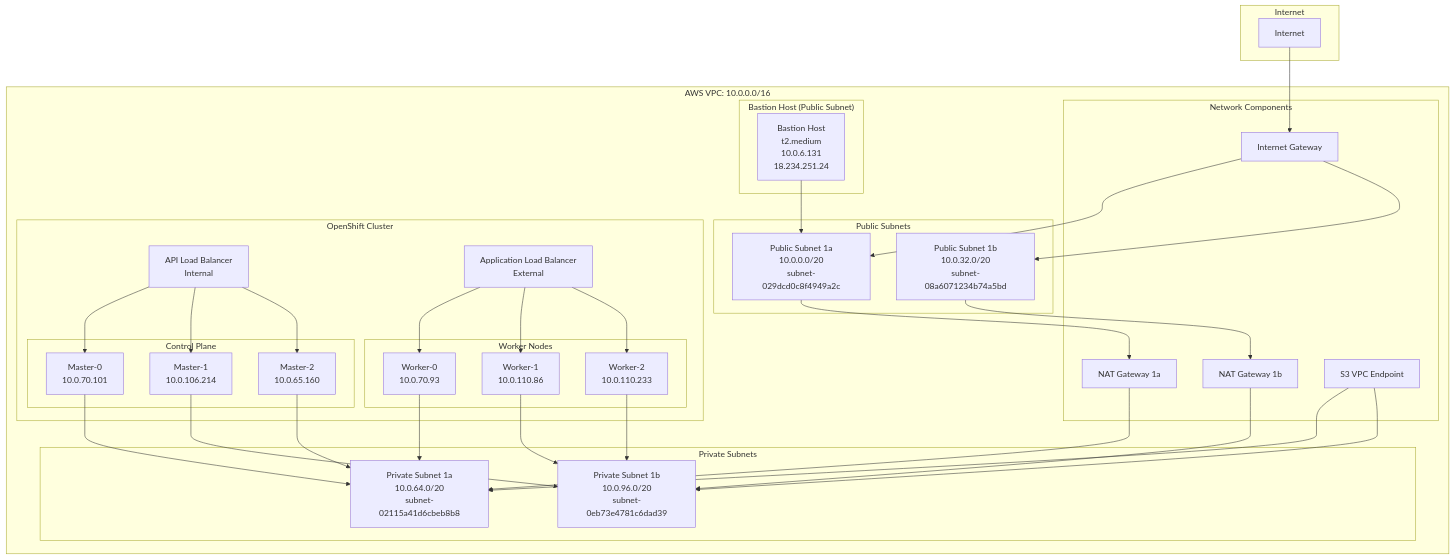
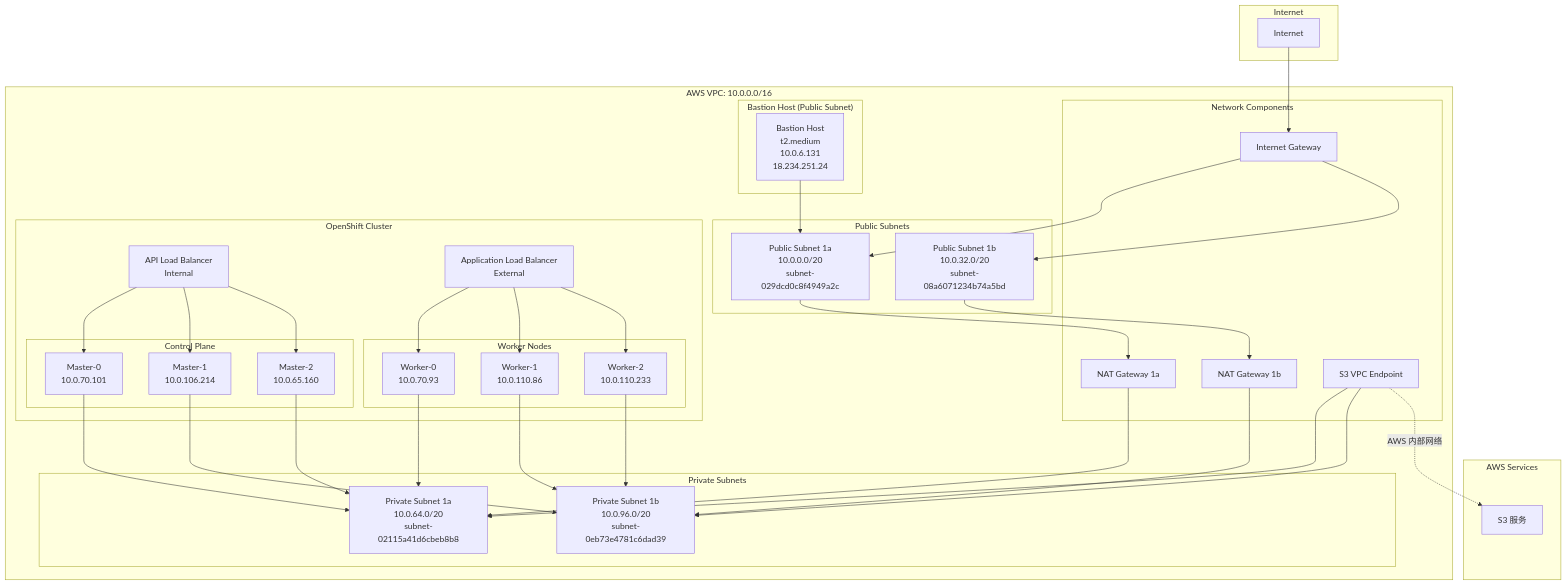
One commit to liweinan/my-openshift-workspace changed the first of 2 diagrams in private-cluster-vpc/openshift-private-cluster-deployment-guide.md. Above: the diagram before and after it, drawn with Mermaid. The commit also changed other lines of this file, not shown here.

````diff
--- a/private-cluster-vpc/openshift-private-cluster-deployment-guide.md
+++ b/private-cluster-vpc/openshift-private-cluster-deployment-guide.md
@@ -12,6 +12,10 @@
 graph TB
     subgraph "Internet"
         INTERNET[Internet]
+    end
+    
+    subgraph "AWS Services"
+        S3[S3 服务]
     end
     
     subgraph "AWS VPC: 10.0.0.0/16"
@@ -85,4 +89,7 @@
     
     S3_ENDPOINT --> PRIV_SUBNET_1A
     S3_ENDPOINT --> PRIV_SUBNET_1B
+    
+    %% S3 VPC Endpoint 连接
+    S3_ENDPOINT -.->|AWS 内部网络| S3[S3 服务]
 ```
````
